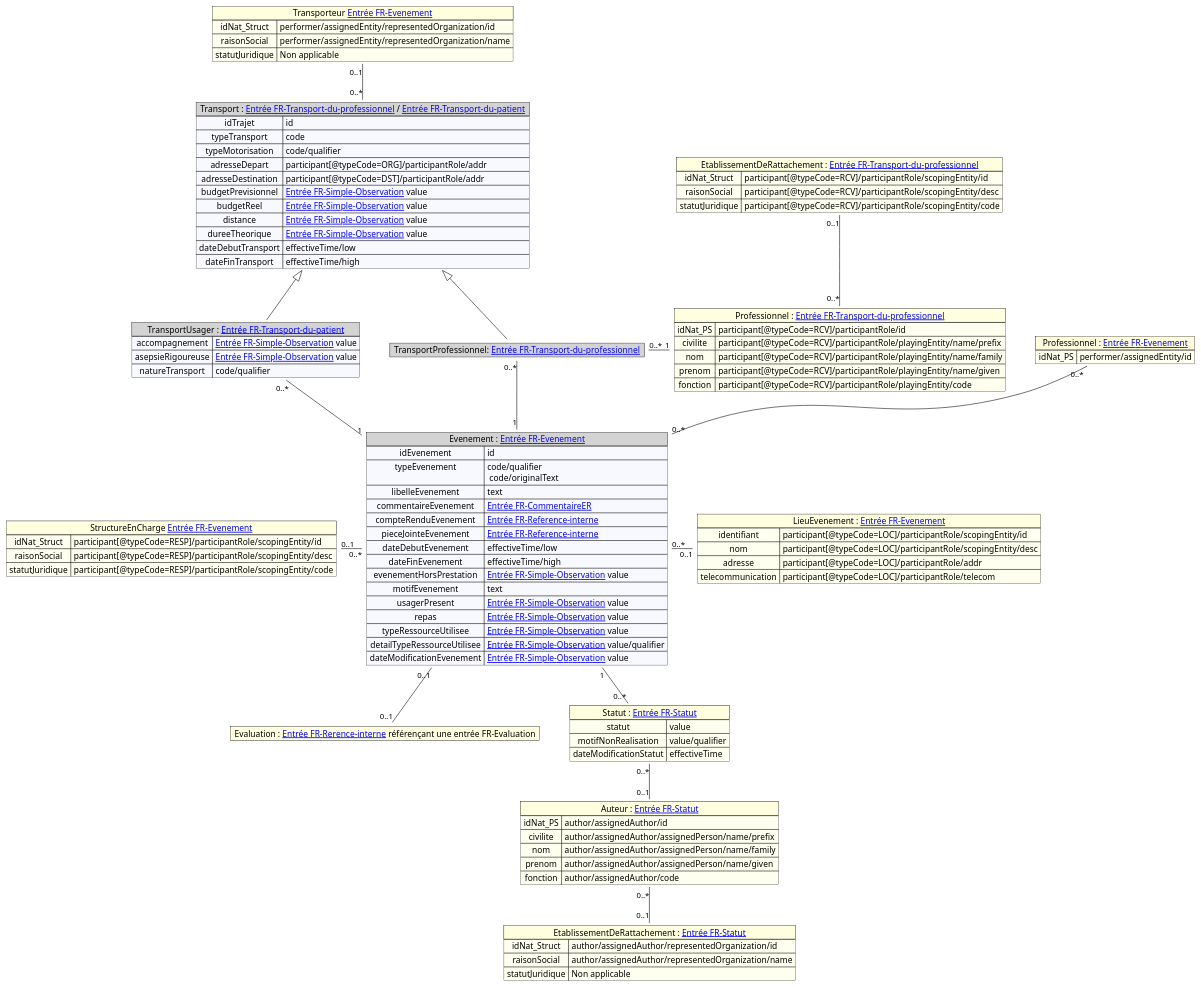
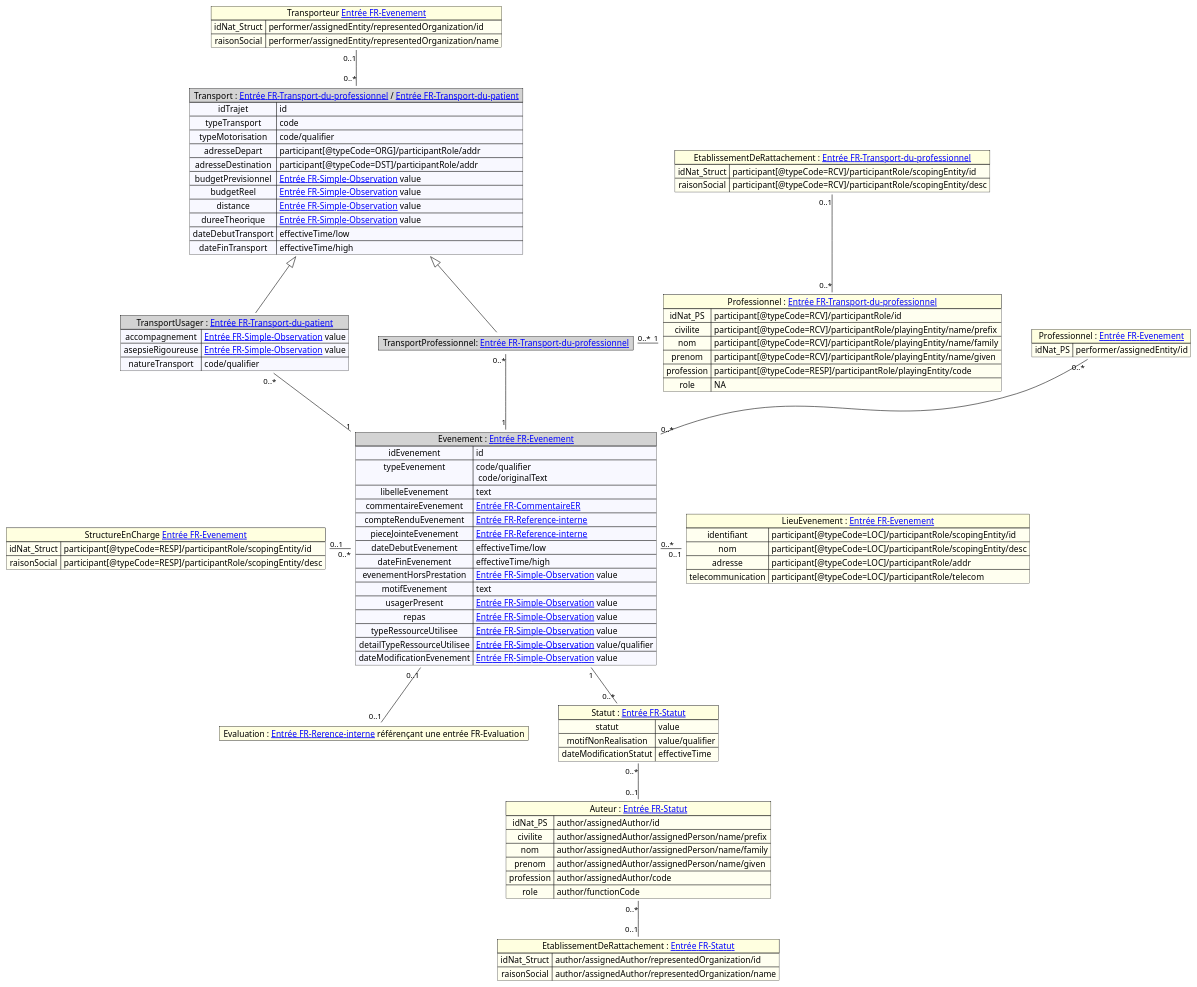
The diagram in input/images-source/mapping_evenement.plantuml (ansforge/IG-fhir-transfert-donnees-dui-esms), drawn with PlantUML before and after one commit. The commit also changed 4 other files, not shown here.

Commit message:
Mapping_SuppressionStatutJuridique_SuppressionAssuranceMaladie_AjoutProfessionRole

```diff
--- a/input/images-source/mapping_evenement.plantuml
+++ b/input/images-source/mapping_evenement.plantuml
@@ -1,129 +1,127 @@
 @startuml
 
 
 map "Evenement : [[contenu_dossier_corps_cda.html#entrée-fr-evenement Entrée FR-Evenement]]" as Evenement #back:ghostWhite;header:LightGray {
     idEvenement => id
     typeEvenement => code/qualifier \n code/originalText
     libelleEvenement => text
     commentaireEvenement => [[contenu_dossier_corps_cda.html#entrée-fr-commentaire-er Entrée FR-CommentaireER]]
     compteRenduEvenement => [[contenu_dossier_corps_cda.html#entrée-fr-reference-interne Entrée FR-Reference-interne]]
     pieceJointeEvenement => [[contenu_dossier_corps_cda.html#entrée-fr-reference-interne Entrée FR-Reference-interne]]
     dateDebutEvenement => effectiveTime/low
     dateFinEvenement => effectiveTime/high
     evenementHorsPrestation => [[contenu_dossier_corps_cda.html#entrée-fr-simple-observation Entrée FR-Simple-Observation]] value
     motifEvenement => text
     usagerPresent => [[contenu_dossier_corps_cda.html#entrée-fr-simple-observation Entrée FR-Simple-Observation]] value
     repas => [[contenu_dossier_corps_cda.html#entrée-fr-simple-observation Entrée FR-Simple-Observation]] value
     typeRessourceUtilisee => [[contenu_dossier_corps_cda.html#entrée-fr-simple-observation Entrée FR-Simple-Observation]] value
     detailTypeRessourceUtilisee => [[contenu_dossier_corps_cda.html#entrée-fr-simple-observation Entrée FR-Simple-Observation]] value/qualifier
     dateModificationEvenement => [[contenu_dossier_corps_cda.html#entrée-fr-simple-observation Entrée FR-Simple-Observation]] value
 }
 map "Transport : [[contenu_dossier_corps_cda.html#entrée-fr-transport-du-professionnel Entrée FR-Transport-du-professionnel]] / [[contenu_dossier_corps_cda.html#entrée-fr-transport-du-patient Entrée FR-Transport-du-patient]]" as Transport#back:ghostWhite;header:LightGray {
     idTrajet => id
     typeTransport => code
     typeMotorisation => code/qualifier
     adresseDepart => participant[@typeCode=ORG]/participantRole/addr
     adresseDestination => participant[@typeCode=DST]/participantRole/addr
     budgetPrevisionnel => [[contenu_dossier_corps_cda.html#entrée-fr-simple-observation Entrée FR-Simple-Observation]] value
     budgetReel => [[contenu_dossier_corps_cda.html#entrée-fr-simple-observation Entrée FR-Simple-Observation]] value
     distance => [[contenu_dossier_corps_cda.html#entrée-fr-simple-observation Entrée FR-Simple-Observation]] value
     dureeTheorique => [[contenu_dossier_corps_cda.html#entrée-fr-simple-observation Entrée FR-Simple-Observation]] value
     dateDebutTransport => effectiveTime/low
     dateFinTransport => effectiveTime/high
 
 }
 map "Professionnel : [[contenu_dossier_corps_cda.html#entrée-fr-transport-du-professionnel Entrée FR-Transport-du-professionnel]]" as ProfessionnelTransport #back:Ivory;header:LightYellow  {
     idNat_PS => participant[@typeCode=RCV]/participantRole/id
     civilite => participant[@typeCode=RCV]/participantRole/playingEntity/name/prefix
     nom => participant[@typeCode=RCV]/participantRole/playingEntity/name/family
     prenom => participant[@typeCode=RCV]/participantRole/playingEntity/name/given
-    fonction => participant[@typeCode=RCV]/participantRole/playingEntity/code
+    profession => participant[@typeCode=RESP]/participantRole/playingEntity/code
+    role => NA
 }
 
 map "EtablissementDeRattachement : [[contenu_dossier_corps_cda.html#entrée-fr-transport-du-professionnel Entrée FR-Transport-du-professionnel]]" as etablissementDeRattachement #back:Ivory;header:LightYellow {
     idNat_Struct => participant[@typeCode=RCV]/participantRole/scopingEntity/id
     raisonSocial => participant[@typeCode=RCV]/participantRole/scopingEntity/desc
-    statutJuridique => participant[@typeCode=RCV]/participantRole/scopingEntity/code
 }
 
 map "Transporteur [[contenu_dossier_corps_cda.html#entrée-fr-evenement Entrée FR-Evenement]]" as transporteur #back:Ivory;header:LightYellow  {
     idNat_Struct => performer/assignedEntity/representedOrganization/id
     raisonSocial => performer/assignedEntity/representedOrganization/name
-    statutJuridique =>  Non applicable
 }
 
 map "StructureEnCharge [[contenu_dossier_corps_cda.html#entrée-fr-evenement Entrée FR-Evenement]]" as structureEnCharge #back:Ivory;header:LightYellow  {
     idNat_Struct => participant[@typeCode=RESP]/participantRole/scopingEntity/id
     raisonSocial => participant[@typeCode=RESP]/participantRole/scopingEntity/desc
-    statutJuridique => participant[@typeCode=RESP]/participantRole/scopingEntity/code
 }
 
 
 map "TransportProfessionnel: [[contenu_dossier_corps_cda.html#entrée-fr-transport-du-professionnel Entrée FR-Transport-du-professionnel]]" as TransportPro#back:ghostWhite;header:LightGray {
 }
 
 
 
 map "TransportUsager : [[contenu_dossier_corps_cda.html#entrée-fr-transport-du-patient Entrée FR-Transport-du-patient]]" as TransportUsager#back:ghostWhite;header:LightGray {
     accompagnement => [[contenu_dossier_corps_cda.html#entrée-fr-simple-observation Entrée FR-Simple-Observation]] value
     asepsieRigoureuse => [[contenu_dossier_corps_cda.html#entrée-fr-simple-observation Entrée FR-Simple-Observation]] value
     natureTransport => code/qualifier
 
 }
 
 map "LieuEvenement : [[contenu_dossier_corps_cda.html#entrée-fr-evenement Entrée FR-Evenement]]" as Lieu #back:Ivory;header:LightYellow  {
     identifiant => participant[@typeCode=LOC]/participantRole/scopingEntity/id    
     nom => participant[@typeCode=LOC]/participantRole/scopingEntity/desc
     adresse => participant[@typeCode=LOC]/participantRole/addr
     telecommunication => participant[@typeCode=LOC]/participantRole/telecom 
 }
 
 map "Evaluation : [[contenu_dossier_corps_cda.html#entrée-fr-reference-interne Entrée FR-Rerence-interne]] référençant une entrée FR-Evaluation" as Evaluation #back:Ivory;header:LightYellow {
 }
 
 map "Statut : [[contenu_dossier_corps_cda.html#entrée-fr-statut Entrée FR-Statut]]" as Statut #back:Ivory;header:LightYellow{
     statut => value
     motifNonRealisation => value/qualifier
     dateModificationStatut => effectiveTime
 }
 
 map "Professionnel : [[contenu_dossier_corps_cda.html#entrée-fr-evenement Entrée FR-Evenement]]" as ProfessionnelEvn #back:Ivory;header:LightYellow{
     idNat_PS => performer/assignedEntity/id
 }
 
 map "Auteur : [[contenu_dossier_corps_cda.html#entrée-fr-statut Entrée FR-Statut]]" as AuteurStatut #back:Ivory;header:LightYellow {
     idNat_PS => author/assignedAuthor/id
     civilite => author/assignedAuthor/assignedPerson/name/prefix
     nom => author/assignedAuthor/assignedPerson/name/family
     prenom => author/assignedAuthor/assignedPerson/name/given
-    fonction => author/assignedAuthor/code
+    profession => author/assignedAuthor/code
+    role => author/functionCode
 }
 
 map "EtablissementDeRattachement : [[contenu_dossier_corps_cda.html#entrée-fr-statut Entrée FR-Statut]]" as etablissementDeRattachementAuthStatut #back:Ivory;header:LightYellow {
     idNat_Struct => author/assignedAuthor/representedOrganization/id
     raisonSocial => author/assignedAuthor/representedOrganization/name
-    statutJuridique => Non applicable
 }
 
 
 
 
 Evenement "1" -- "0..*" Statut
 Evenement "0..*" -right- "0..1" Lieu  
 ProfessionnelEvn "0..*" -- "0..*" Evenement
 structureEnCharge "0..1" -right- "0..*" Evenement
 Evenement "1" -up- "0..*" TransportPro 
 TransportPro "0..*" -right- "1" ProfessionnelTransport
 etablissementDeRattachement "0..1" -- "0..*" ProfessionnelTransport
 Transport <|-- TransportPro
 Transport <|-- TransportUsager
 TransportUsager "0..*" -- "1" Evenement
 Evenement "0..1" -- "0..1" Evaluation
 transporteur "0..1" -- "0..*" Transport
 Statut "0..*" -- "0..1" AuteurStatut
 AuteurStatut "0..*" -- "0..1" etablissementDeRattachementAuthStatut
 
 
 
 
 @enduml
```
